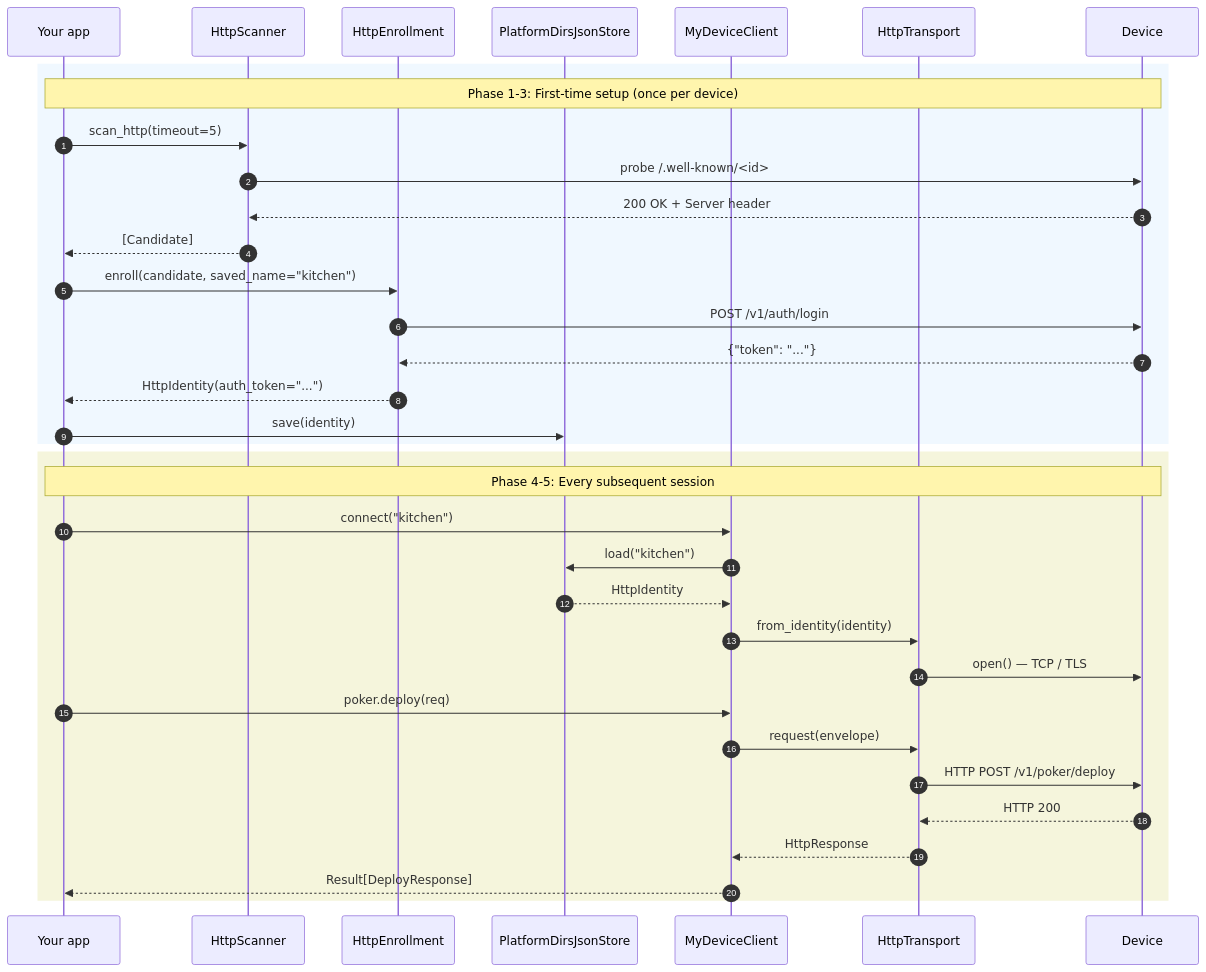
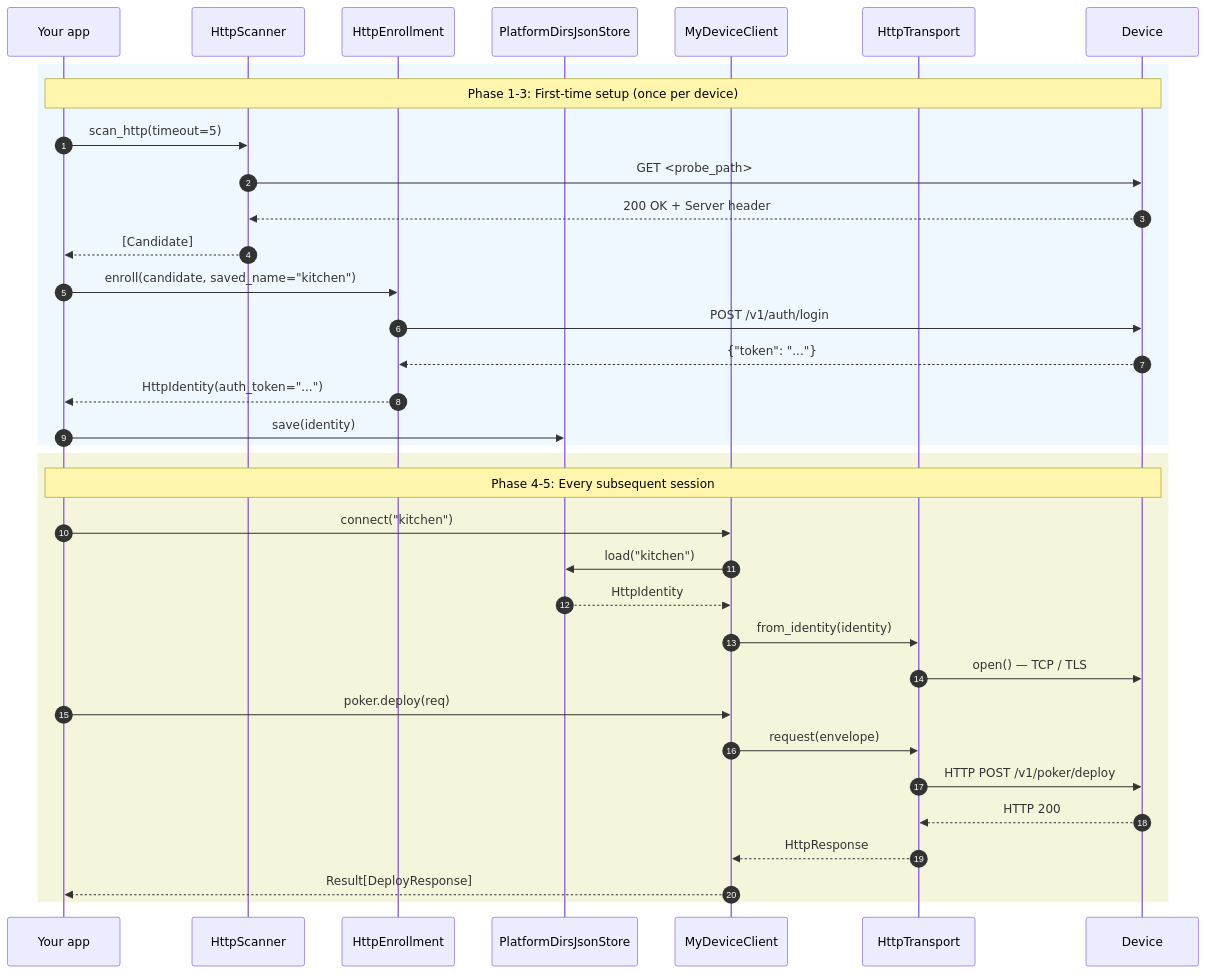
The second of 2 diagrams in docs/concepts/lifecycle.md (jugglingbear/kandra), drawn with Mermaid before and after one commit. The commit also changed 3 other files, not shown here.

````diff
--- a/docs/concepts/lifecycle.md
+++ b/docs/concepts/lifecycle.md
@@ -80,39 +80,39 @@
 ```{mermaid}
 sequenceDiagram
     autonumber
     participant App as Your app
     participant Scanner as HttpScanner
     participant Enroll as HttpEnrollment
     participant Store as PlatformDirsJsonStore
     participant Client as MyDeviceClient
     participant Transport as HttpTransport
     participant Device as Device
 
     rect rgb(240, 248, 255)
     note over App,Device: Phase 1-3: First-time setup (once per device)
     App->>Scanner: scan_http(timeout=5)
-    Scanner->>Device: probe /.well-known/<id>
+    Scanner->>Device: GET <probe_path>
     Device-->>Scanner: 200 OK + Server header
     Scanner-->>App: [Candidate]
     App->>Enroll: enroll(candidate, saved_name="kitchen")
     Enroll->>Device: POST /v1/auth/login
     Device-->>Enroll: {"token": "..."}
     Enroll-->>App: HttpIdentity(auth_token="...")
     App->>Store: save(identity)
     end
 
     rect rgb(245, 245, 220)
     note over App,Device: Phase 4-5: Every subsequent session
     App->>Client: connect("kitchen")
     Client->>Store: load("kitchen")
     Store-->>Client: HttpIdentity
     Client->>Transport: from_identity(identity)
     Transport->>Device: open() — TCP / TLS
     App->>Client: poker.deploy(req)
     Client->>Transport: request(envelope)
     Transport->>Device: HTTP POST /v1/poker/deploy
     Device-->>Transport: HTTP 200
     Transport-->>Client: HttpResponse
     Client-->>App: Result[DeployResponse]
     end
 ```
````
